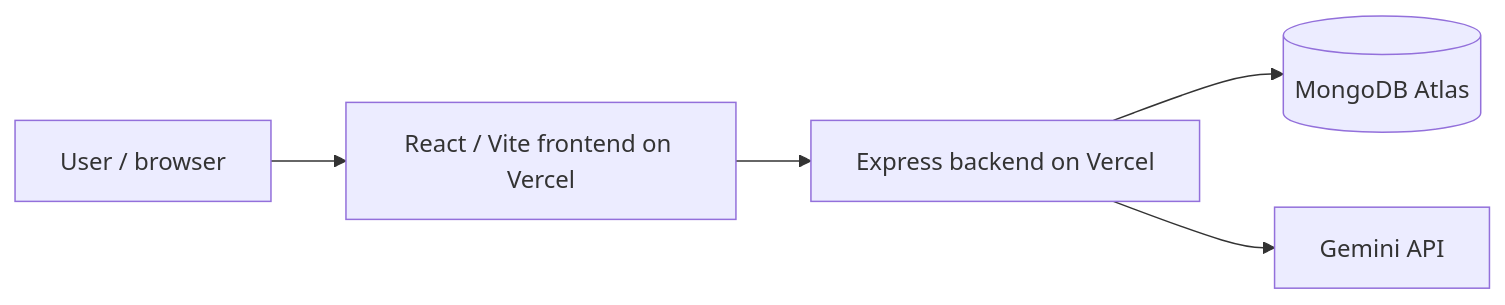
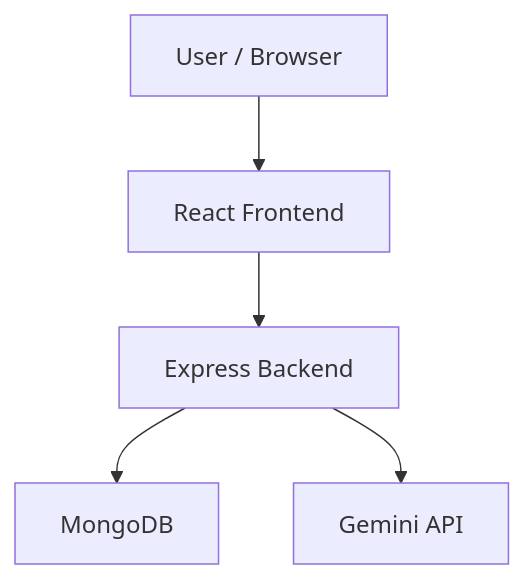
Before and after one commit to amseph/itelect4-project: the diagram in README.md, drawn with Mermaid. The commit also changed other lines of this file, not shown here.

````diff
--- a/README.md
+++ b/README.md
@@ -23,7 +22,7 @@
 ```mermaid
-flowchart LR
-    U[User / browser] --> F[React / Vite frontend on Vercel]
-    F --> B[Express backend on Vercel]
-    B --> M[(MongoDB Atlas)]
+flowchart TD
+    U[User / Browser] --> F[React Frontend]
+    F --> B[Express Backend]
+    B --> M[MongoDB]
     B --> G[Gemini API]
 ```
````
